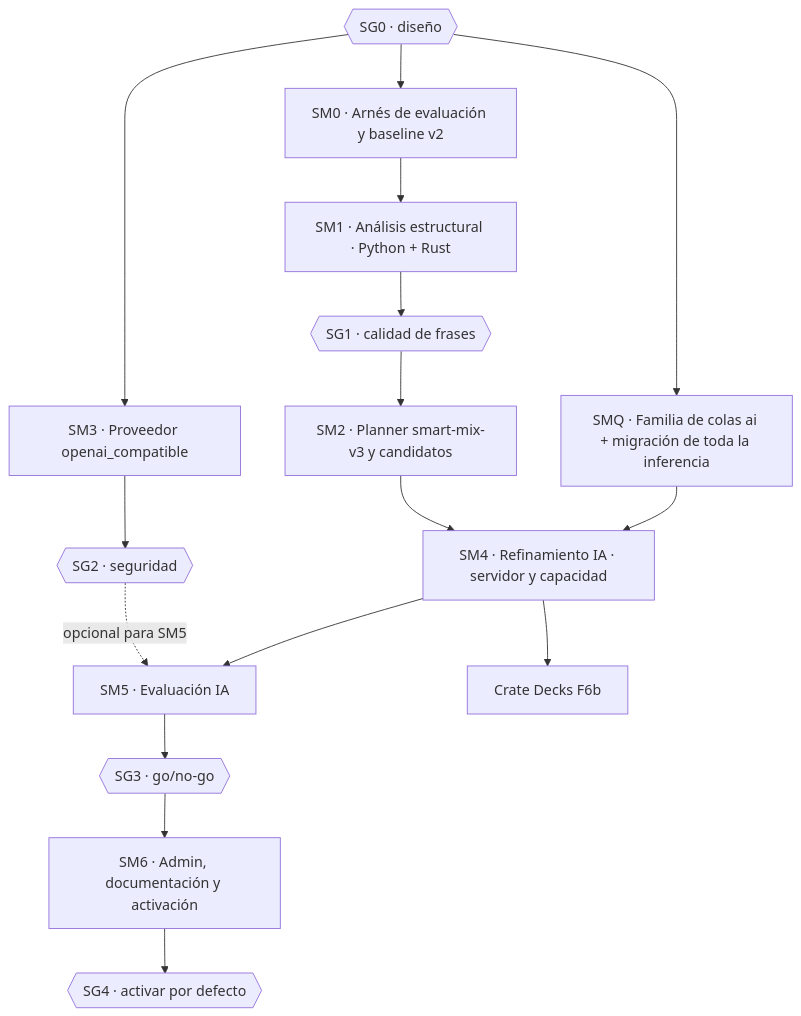
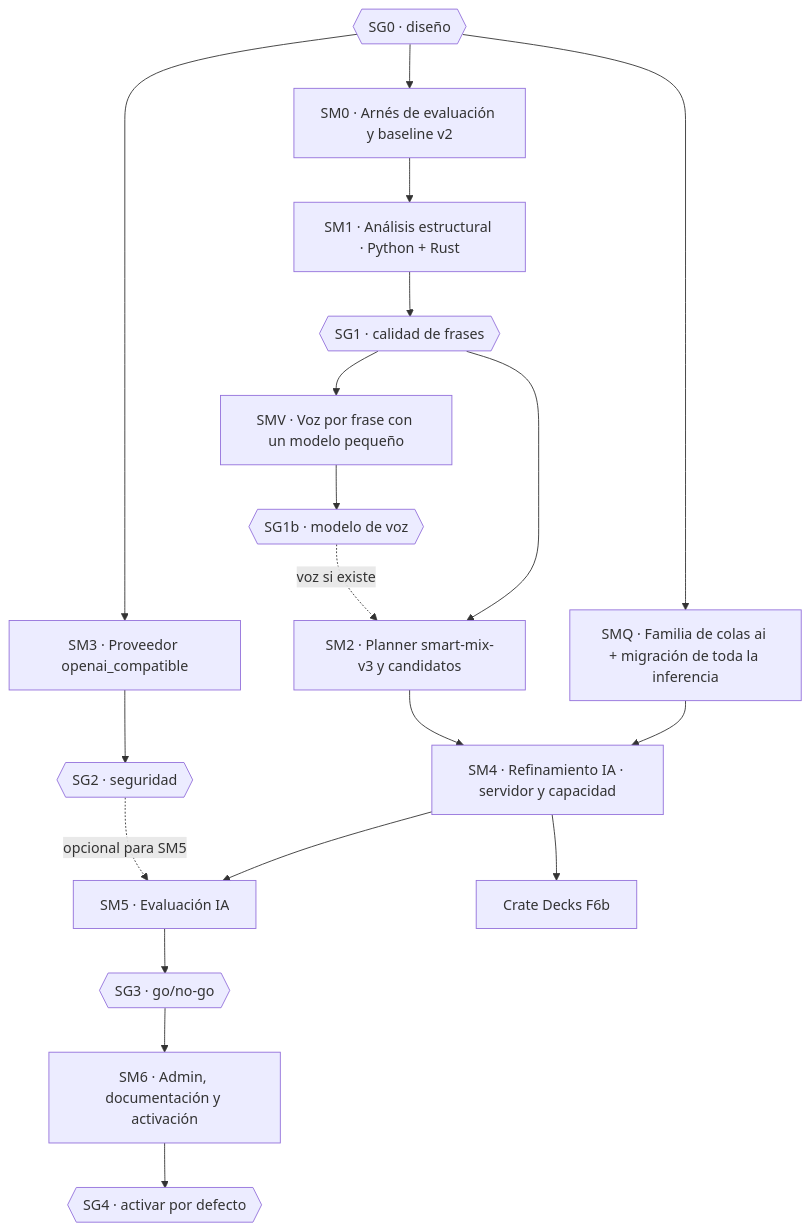
Before and after one commit to thecrateapp/crate-decks: the diagram in docs/plans/2026-11-02-smart-mix-3-implementation-plan.md, drawn with Mermaid. The commit also changed other lines of this file and 2 other files, not shown here.

````diff
--- a/docs/plans/2026-11-02-smart-mix-3-implementation-plan.md
+++ b/docs/plans/2026-11-02-smart-mix-3-implementation-plan.md
@@ -38,18 +38,21 @@
 ```mermaid
 flowchart TD
   SG0{{SG0 · diseño}} --> SM0[SM0 · Arnés de evaluación y baseline v2]
   SM0 --> SM1[SM1 · Análisis estructural · Python + Rust]
   SM1 --> SG1{{SG1 · calidad de frases}}
   SG1 --> SM2[SM2 · Planner smart-mix-v3 y candidatos]
+  SG1 --> SMV[SMV · Voz por frase con un modelo pequeño]
+  SMV --> SG1b{{SG1b · modelo de voz}}
+  SG1b -. voz si existe .-> SM2
   SG0 --> SM3[SM3 · Proveedor openai_compatible]
   SG0 --> SMQ[SMQ · Familia de colas ai + migración de toda la inferencia]
   SMQ --> SM4
   SM3 --> SG2{{SG2 · seguridad}}
   SM2 --> SM4[SM4 · Refinamiento IA · servidor y capacidad]
   SM4 --> SM5[SM5 · Evaluación IA]
   SG2 -. opcional para SM5 .-> SM5
   SM5 --> SG3{{SG3 · go/no-go}}
   SG3 --> SM6[SM6 · Admin, documentación y activación]
   SM6 --> SG4{{SG4 · activar por defecto}}
   SM4 --> DECKS[Crate Decks F6b]
 ```
````
